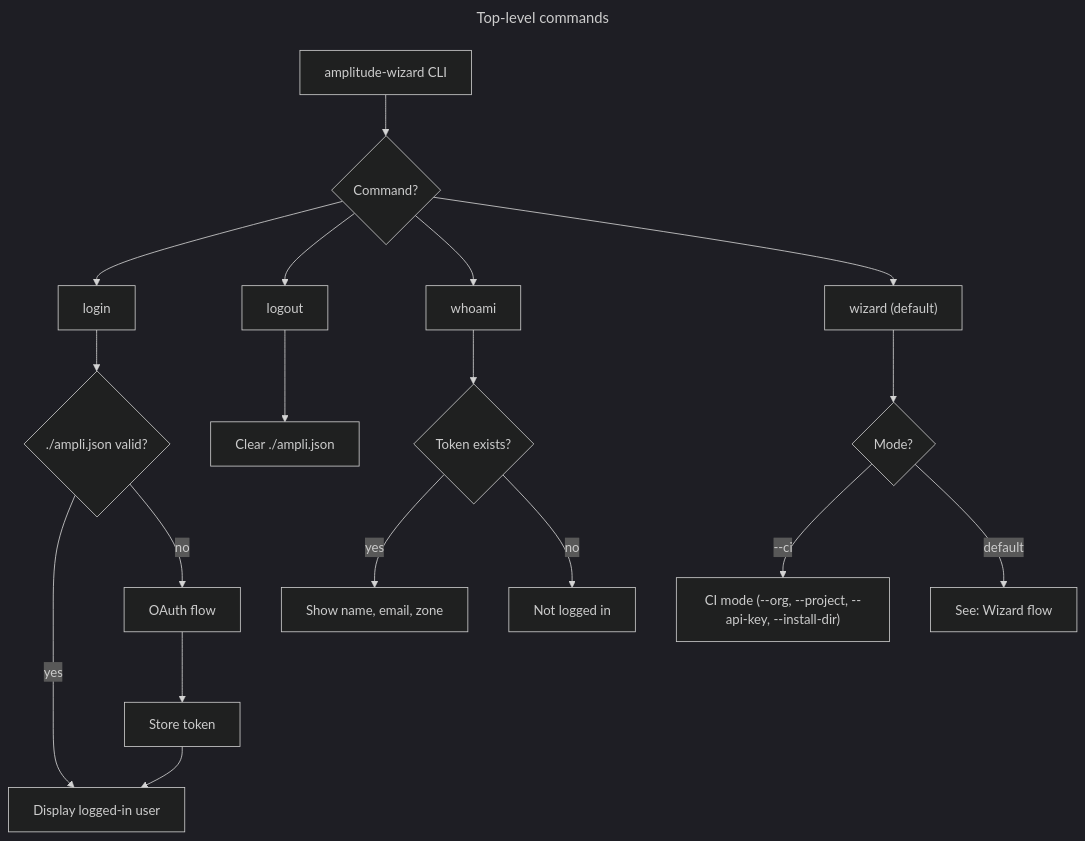
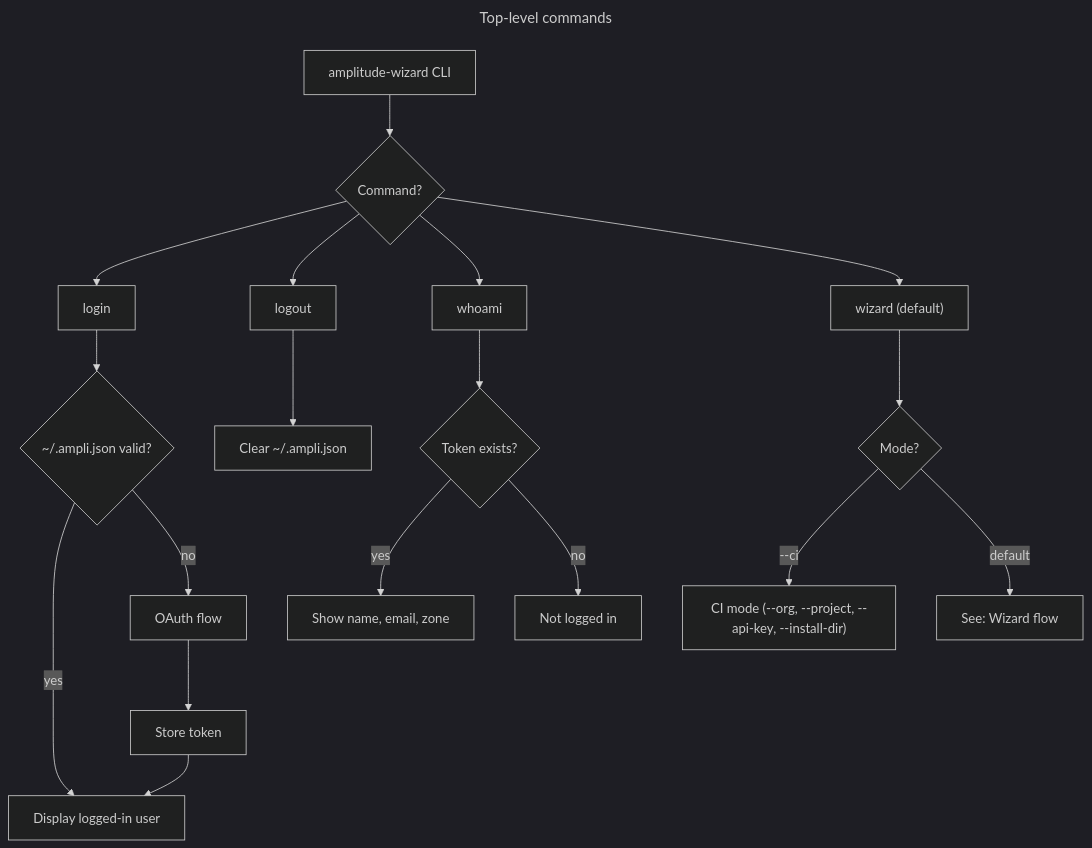
One commit to amplitude/wizard changed the first of 8 diagrams in docs/flows.md. Above: the diagram before and after it, drawn with Mermaid (dark theme). The commit also changed other lines of this file and 15 other files, not shown here.

First line of the commit message:
Revert credential storage back to ~/.ampli.json (global user scope)

````diff
--- a/docs/flows.md
+++ b/docs/flows.md
@@ -27,26 +27,26 @@
 ```mermaid
 ---
 title: Top-level commands
 ---
 flowchart TD
     CLI["amplitude-wizard CLI"] --> CMD{Command?}
 
     CMD --> LOGIN["login"]
     CMD --> LOGOUT["logout"]
     CMD --> WHOAMI["whoami"]
     CMD --> WIZARD["wizard (default)"]
 
-    LOGIN --> LOGIN_CHECK{./ampli.json valid?}
+    LOGIN --> LOGIN_CHECK{~/.ampli.json valid?}
     LOGIN_CHECK -->|yes| LOGIN_DONE["Display logged-in user"]
     LOGIN_CHECK -->|no| OAUTH["OAuth flow"] --> STORE["Store token"] --> LOGIN_DONE
 
-    LOGOUT --> CLEAR["Clear ./ampli.json"]
+    LOGOUT --> CLEAR["Clear ~/.ampli.json"]
 
     WHOAMI --> CHECK_TOKEN{Token exists?}
     CHECK_TOKEN -->|yes| SHOW_USER["Show name, email, zone"]
     CHECK_TOKEN -->|no| NOT_LOGGED_IN["Not logged in"]
 
     WIZARD --> MODE{Mode?}
     MODE -->|--ci| CI["CI mode (--org, --project, --api-key, --install-dir)"]
     MODE -->|default| W["See: Wizard flow"]
 ```
````
